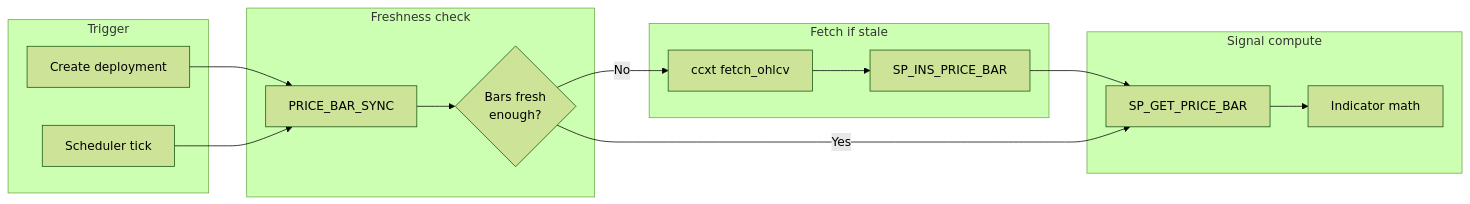
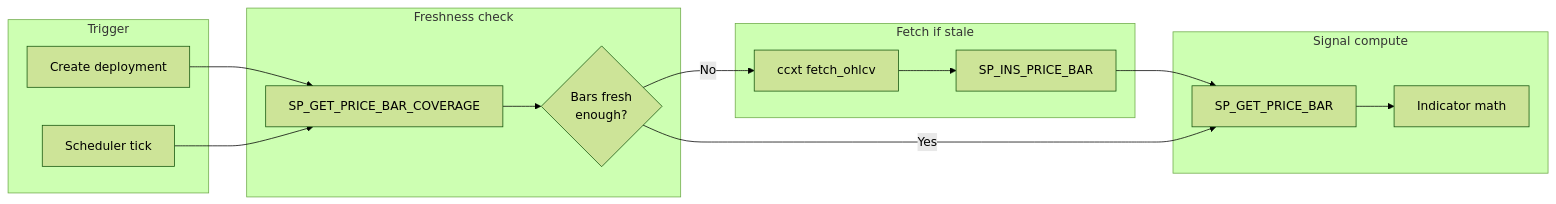
One commit to alfred1123/Quant_Strategies changed the first of 2 diagrams in docs/design/scheduler-price-bars.md. Above: the diagram before and after it, drawn with Mermaid (forest theme). The commit also changed other lines of this file and 52 other files, not shown here.

````diff
--- a/docs/design/scheduler-price-bars.md
+++ b/docs/design/scheduler-price-bars.md
@@ -186,28 +168,28 @@
 ```mermaid
 flowchart LR
   subgraph trigger [Trigger]
     DEPLOY[Create deployment]
     SCHED[Scheduler tick]
   end
   subgraph check [Freshness check]
-    SYNC[PRICE_BAR_SYNC]
+    COV["SP_GET_PRICE_BAR_COVERAGE"]
     FRESH{Bars fresh<br/>enough?}
   end
   subgraph fetch [Fetch if stale]
     CCXT[ccxt fetch_ohlcv]
-    UPSERT["SP_INS_PRICE_BAR"]
+    INS["SP_INS_PRICE_BAR"]
   end
   subgraph read [Signal compute]
     GET["SP_GET_PRICE_BAR"]
     SIGNAL[Indicator math]
   end
 
-  DEPLOY --> SYNC
-  SCHED --> SYNC
-  SYNC --> FRESH
+  DEPLOY --> COV
+  SCHED --> COV
+  COV --> FRESH
   FRESH -->|No| CCXT
-  CCXT --> UPSERT
-  UPSERT --> GET
+  CCXT --> INS
+  INS --> GET
   FRESH -->|Yes| GET
   GET --> SIGNAL
 ```
````
